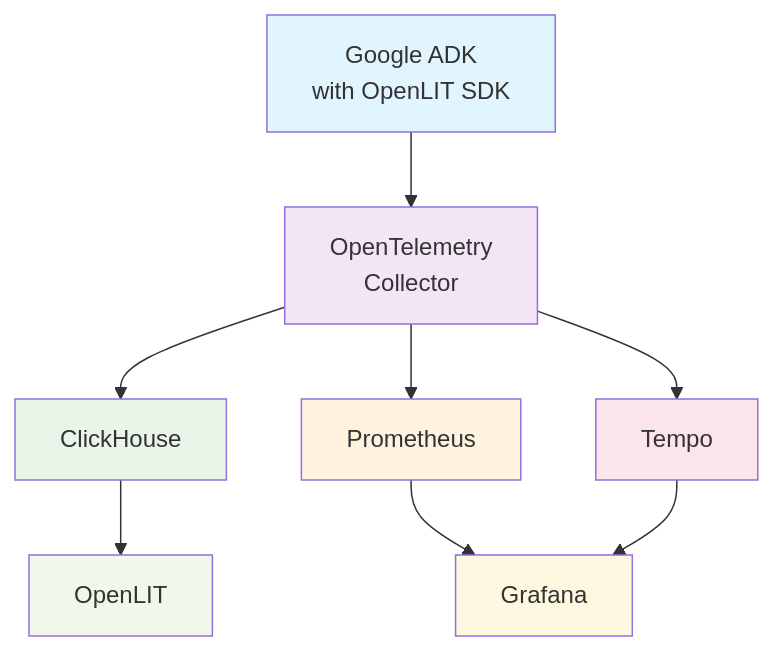
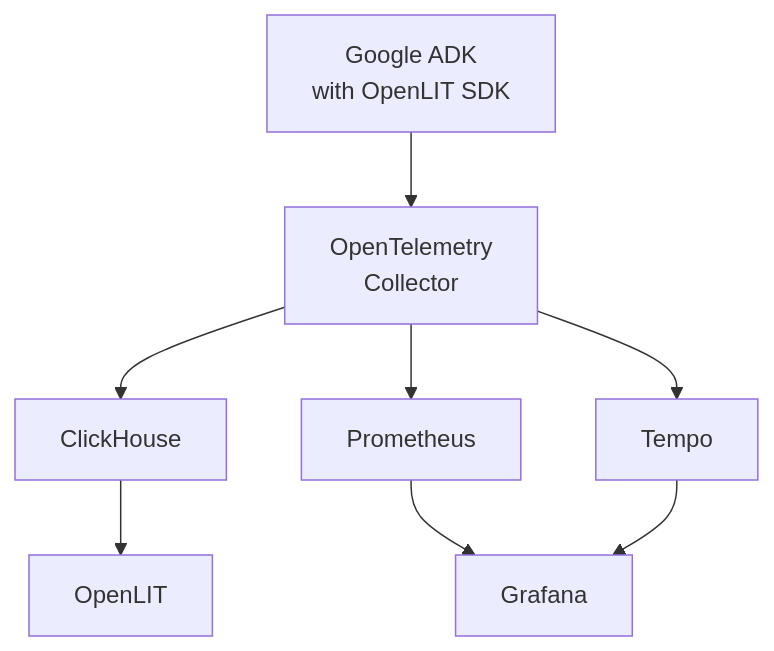
The diagram in README.md (MikeHsu0618/2025-llm-observability-bootcamp), drawn with Mermaid before and after one commit.

Commit message:
update document

````diff
--- a/README.md
+++ b/README.md
@@ -11,19 +11,11 @@
 ```mermaid
 graph TD
     A[Google ADK<br/>with OpenLIT SDK] --> B[OpenTelemetry<br/>Collector]
     B --> C[ClickHouse]
     B --> D[Prometheus]
     B --> E[Tempo]
     
     C --> F[OpenLIT]
     D --> G[Grafana]
     E --> G
-    
-    style A fill:#e1f5fe
-    style B fill:#f3e5f5
-    style C fill:#e8f5e8
-    style D fill:#fff3e0
-    style E fill:#fce4ec
-    style F fill:#f1f8e9
-    style G fill:#fff8e1
 ```
````
